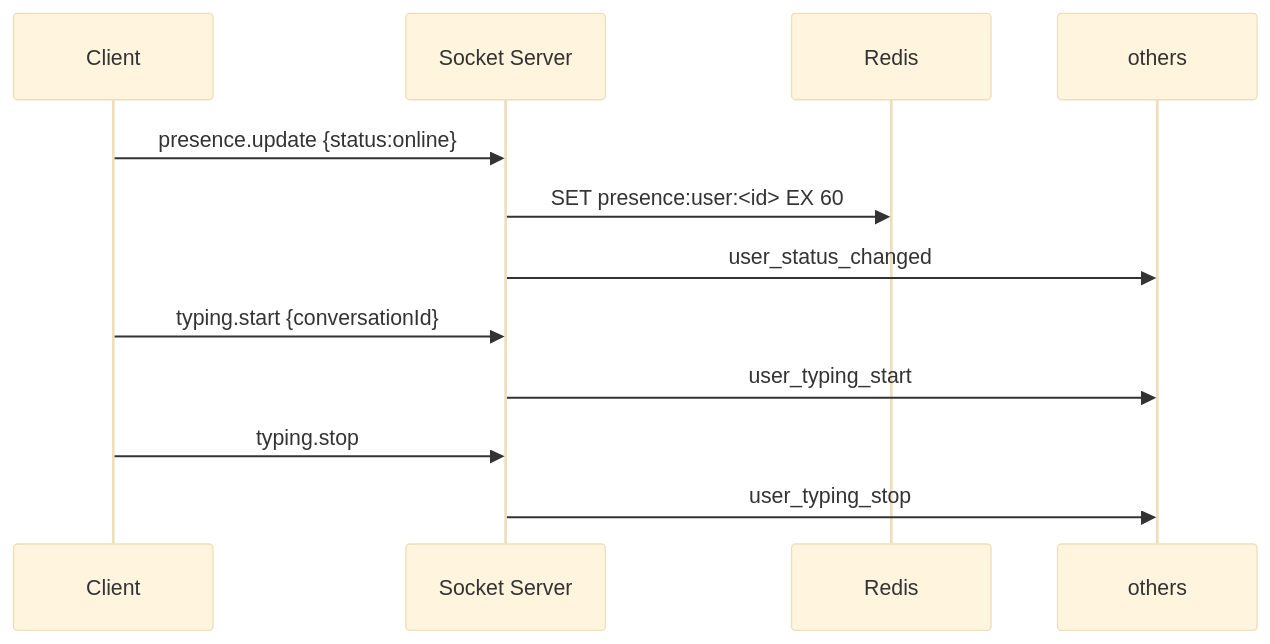
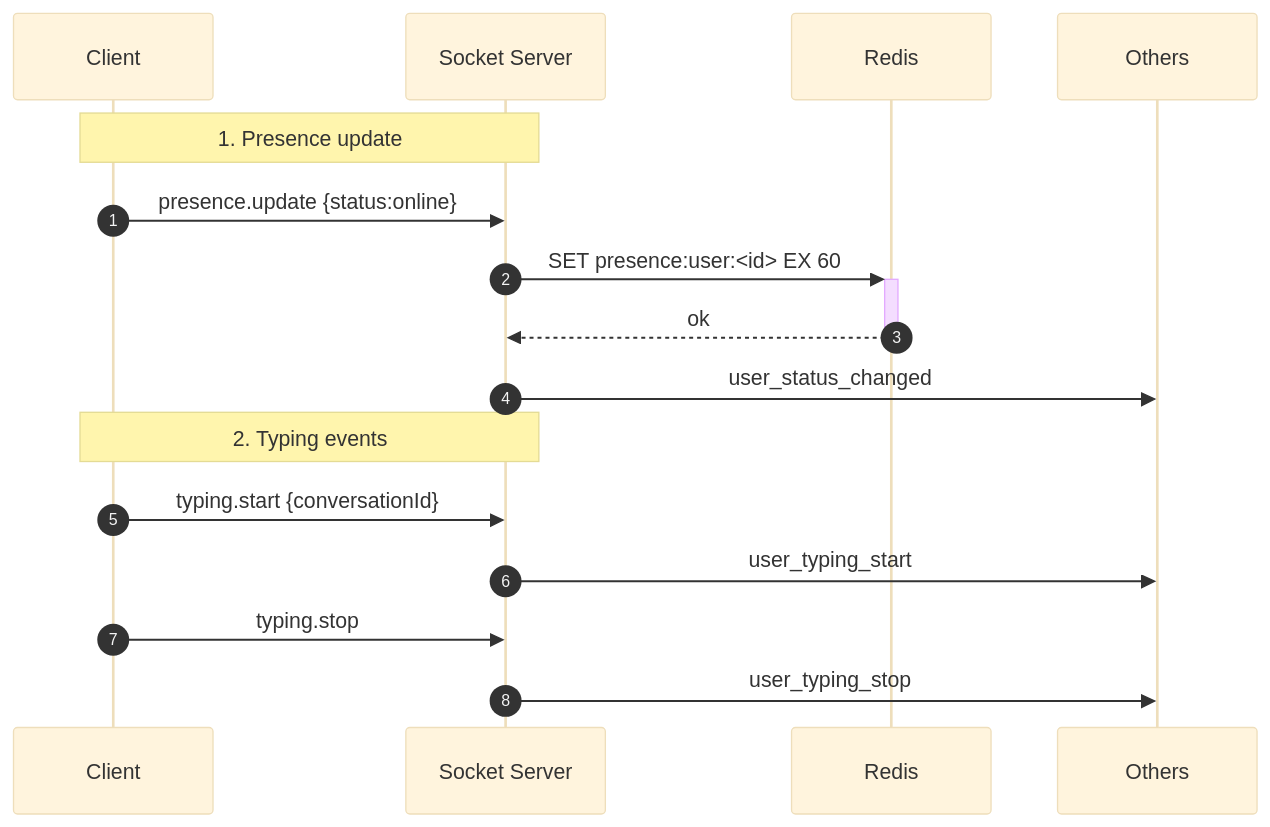
Before and after one commit to dinhhoang235/Chat-App: the first of 3 diagrams in docs/presence.md, drawn with Mermaid (base theme). The commit also changed other lines of this file and 12 other files, not shown here.

Commit message:
docs: enhance sequence diagrams with detailed notes for various features

````diff
--- a/docs/presence.md
+++ b/docs/presence.md
@@ -25,15 +25,20 @@
 ```mermaid
 sequenceDiagram
+  autonumber
   participant C as Client
   participant WS as Socket Server
   participant R as Redis
+  participant O as Others
 
+  Note over C,WS: 1. Presence update
   C->>WS: presence.update {status:online}
-  WS->>R: SET presence:user:<id> EX 60
-  WS->>others: user_status_changed
+  WS->>+R: SET presence:user:<id> EX 60
+  R-->>-WS: ok
+  WS->>O: user_status_changed
 
+  Note over C,WS: 2. Typing events
   C->>WS: typing.start {conversationId}
-  WS->>others: user_typing_start
+  WS->>O: user_typing_start
   C->>WS: typing.stop
-  WS->>others: user_typing_stop
+  WS->>O: user_typing_stop
 ```
````
